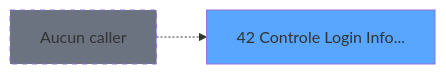
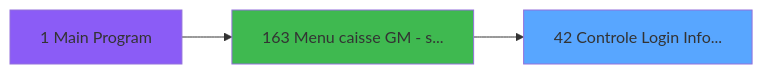
Before and after one commit to thonyAGP/lecteur-magic: the second of 3 diagrams in .openspec/specs/ADH-IDE-42.md, drawn with Mermaid. The commit also changed other lines of this file and 493 other files, not shown here.

````diff
--- a/.openspec/specs/ADH-IDE-42.md
+++ b/.openspec/specs/ADH-IDE-42.md
@@ -168,8 +206,11 @@
 ```mermaid
 graph LR
     T42[42 Controle Login Info...]
     style T42 fill:#58a6ff
-    NONE[Aucun caller]
-    NONE -.-> T42
-    style NONE fill:#6b7280,stroke-dasharray: 5 5
+    CC1[1 Main Program]
+    style CC1 fill:#8b5cf6
+    CC163[163 Menu caisse GM - s...]
+    style CC163 fill:#3fb950
+    CC1 --> CC163
+    CC163 --> T42
 ```
````
